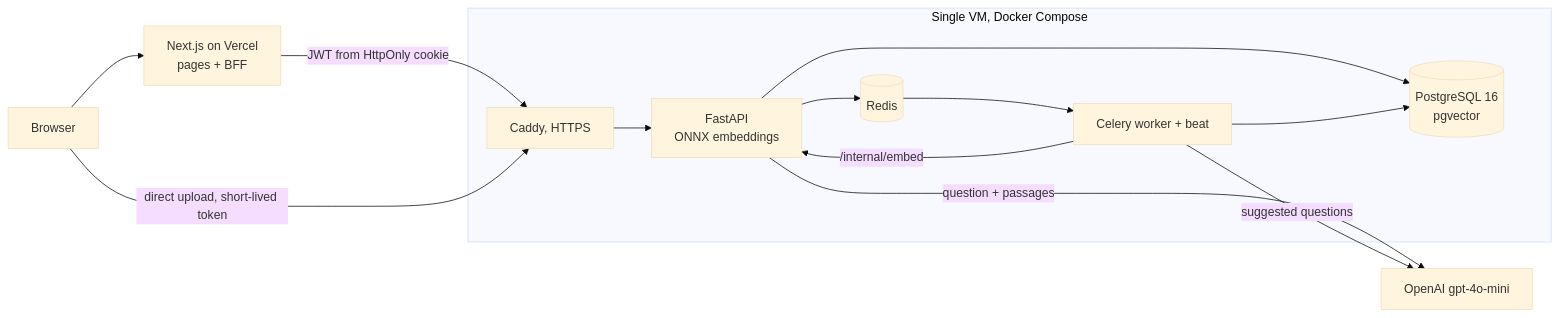
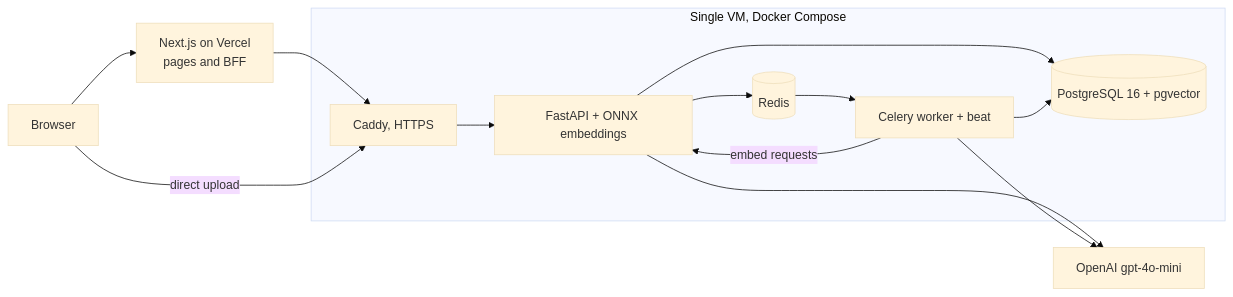
The second of 2 diagrams in README.md (shahil5z/document-intelligence-analysis), drawn with Mermaid (base theme) before and after one commit. The commit also changed other lines of this file and 2 other files, not shown here.

````diff
--- a/README.md
+++ b/README.md
@@ -77,16 +113,16 @@
 ```mermaid
 flowchart LR
-    browser[Browser] --> web["Next.js on Vercel<br/>pages + BFF"]
-    web -->|"JWT from HttpOnly cookie"| caddy
-    browser -->|"direct upload, short-lived token"| caddy
-    subgraph vm["Single VM, Docker Compose"]
-        caddy["Caddy, HTTPS"] --> api["FastAPI<br/>ONNX embeddings"]
-        api --> pg[("PostgreSQL 16<br/>pgvector")]
-        api --> redis[("Redis")]
-        redis --> worker["Celery worker + beat"]
-        worker -->|"/internal/embed"| api
-        worker --> pg
+    B[Browser] --> W[Next.js on Vercel<br/>pages and BFF]
+    W --> C[Caddy, HTTPS]
+    B -- direct upload --> C
+    subgraph VM[Single VM, Docker Compose]
+        C --> A[FastAPI + ONNX embeddings]
+        A --> P[(PostgreSQL 16 + pgvector)]
+        A --> R[(Redis)]
+        R --> K[Celery worker + beat]
+        K -- embed requests --> A
+        K --> P
     end
-    api -->|"question + passages"| llm["OpenAI gpt-4o-mini"]
-    worker -->|"suggested questions"| llm
+    A --> O[OpenAI gpt-4o-mini]
+    K --> O
 ```
````
